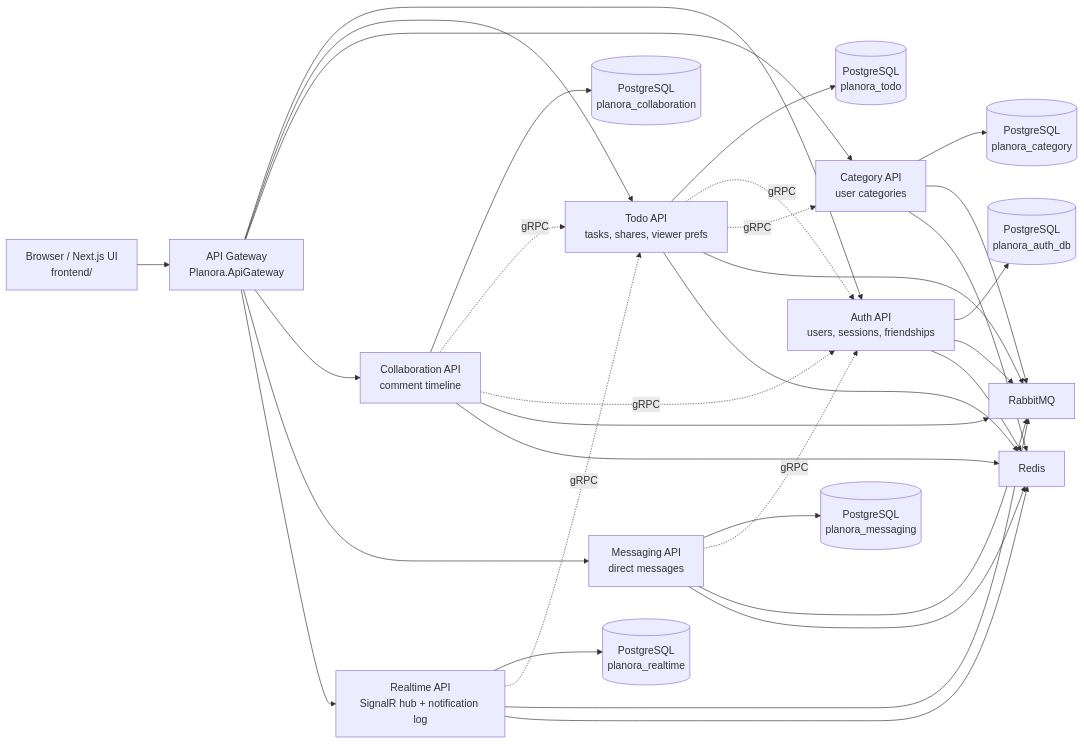
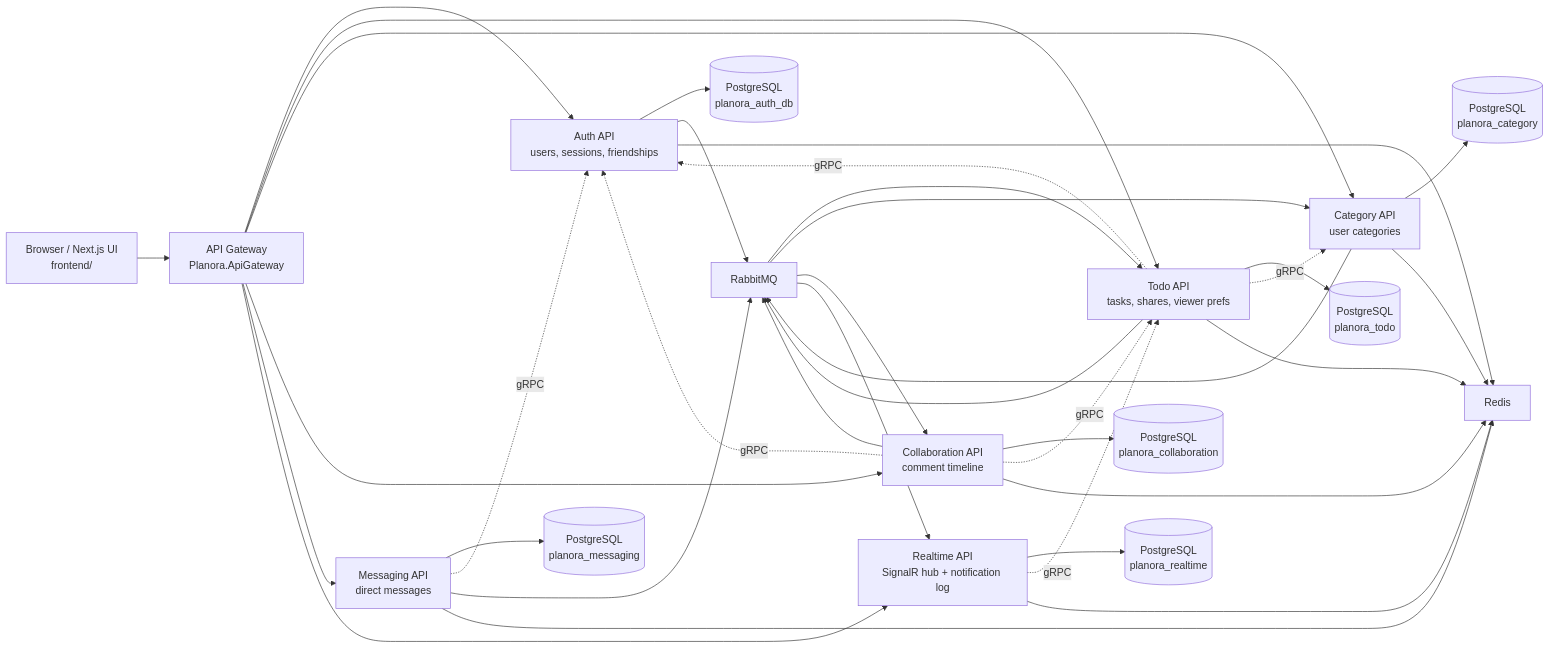
The first of 3 diagrams in docs/architecture.md (4Keyy/Planora), drawn with Mermaid before and after one commit. The commit also changed other lines of this file and 58 other files, not shown here.

````diff
--- a/docs/architecture.md
+++ b/docs/architecture.md
@@ -7,39 +7,42 @@
 ```mermaid
 flowchart LR
   Browser["Browser / Next.js UI\nfrontend/"] --> Gateway["API Gateway\nPlanora.ApiGateway"]
 
   Gateway --> Auth["Auth API\nusers, sessions, friendships"]
   Gateway --> Todo["Todo API\ntasks, shares, viewer prefs"]
   Gateway --> Category["Category API\nuser categories"]
   Gateway --> Collaboration["Collaboration API\ncomment timeline"]
   Gateway --> Messaging["Messaging API\ndirect messages"]
   Gateway --> Realtime["Realtime API\nSignalR hub + notification log"]
 
   Auth --> AuthDb[("PostgreSQL\nplanora_auth_db")]
   Todo --> TodoDb[("PostgreSQL\nplanora_todo")]
   Category --> CategoryDb[("PostgreSQL\nplanora_category")]
   Collaboration --> CollaborationDb[("PostgreSQL\nplanora_collaboration")]
   Messaging --> MessagingDb[("PostgreSQL\nplanora_messaging")]
   Realtime --> RealtimeDb[("PostgreSQL\nplanora_realtime")]
 
   Todo -. gRPC .-> Auth
   Todo -. gRPC .-> Category
   Collaboration -. gRPC .-> Todo
   Collaboration -. gRPC .-> Auth
   Messaging -. gRPC .-> Auth
   Realtime -. gRPC .-> Todo
 
   Auth --> Rabbit["RabbitMQ"]
   Todo --> Rabbit
   Category --> Rabbit
   Collaboration --> Rabbit
   Messaging --> Rabbit
-  Realtime --> Rabbit
+  Rabbit --> Todo
+  Rabbit --> Category
+  Rabbit --> Collaboration
+  Rabbit --> Realtime
 
   Auth --> Redis["Redis"]
   Todo --> Redis
   Category --> Redis
   Collaboration --> Redis
   Messaging --> Redis
   Realtime --> Redis
 ```
````
